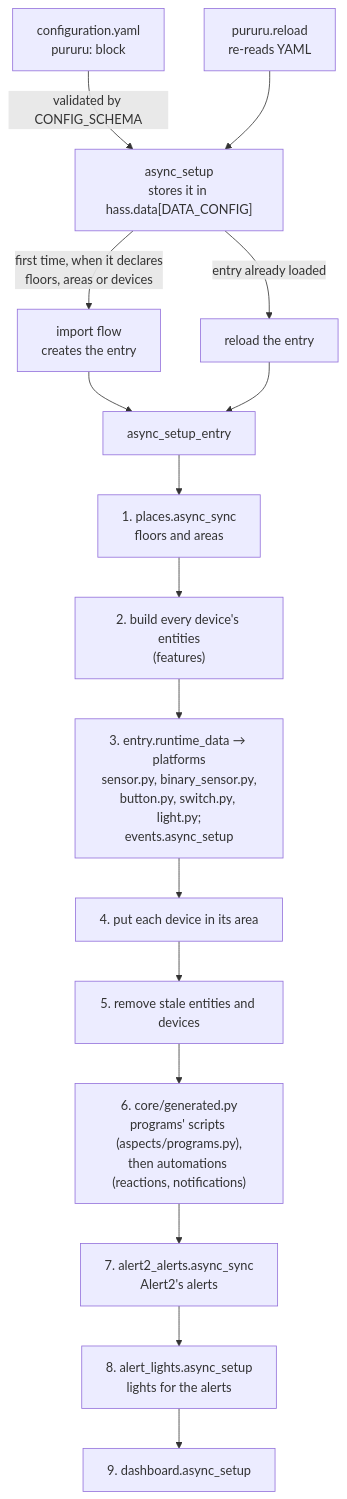
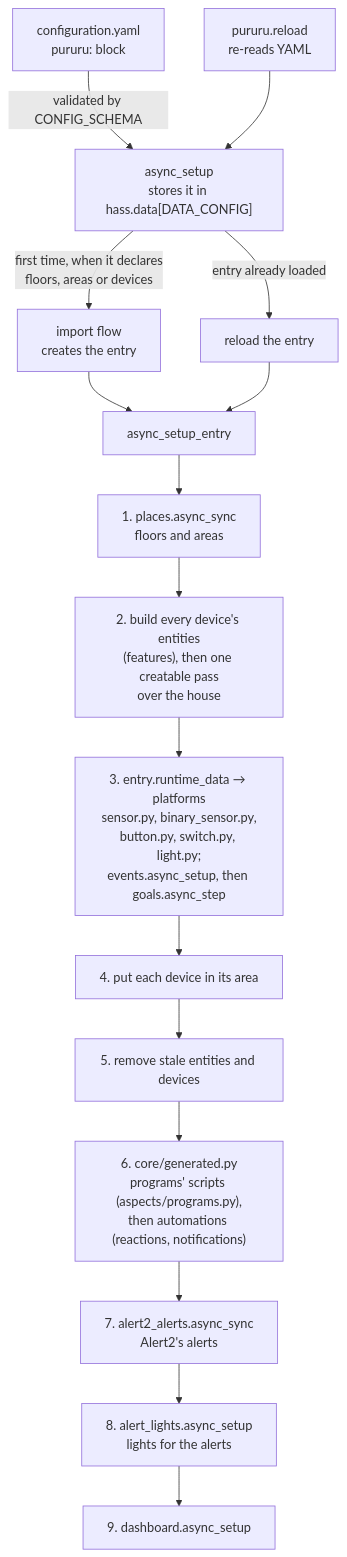
The diagram in docs/develop/architecture.mdx (thatsnotmynameio/pururu-ha), drawn with Mermaid before and after one commit. The commit also changed other lines of this file and 12 other files, not shown here.

Commit message:
docs(goals): the goals page, configuration, troubleshooting, architecture and CLAUDE.md

````diff
--- a/docs/develop/architecture.mdx
+++ b/docs/develop/architecture.mdx
@@ -10,18 +10,18 @@
 ```mermaid
 flowchart TD
     Y["configuration.yaml<br/>pururu: block"] -->|"validated by CONFIG_SCHEMA"| S["async_setup<br/>stores it in hass.data[DATA_CONFIG]"]
     S -->|"first time, when it declares<br/>floors, areas or devices"| F["import flow<br/>creates the entry"]
     S -->|"entry already loaded"| R["reload the entry"]
     F --> E
     R --> E
     RS["pururu.reload<br/>re-reads YAML"] --> S
     E["async_setup_entry"] --> Step1["1. places.async_sync<br/>floors and areas"]
-    Step1 --> Step2["2. build every device's entities<br/>(features)"]
-    Step2 --> Step3["3. entry.runtime_data → platforms<br/>sensor.py, binary_sensor.py,<br/>button.py, switch.py, light.py;<br/>events.async_setup"]
+    Step1 --> Step2["2. build every device's entities<br/>(features), then one creatable pass<br/>over the house"]
+    Step2 --> Step3["3. entry.runtime_data → platforms<br/>sensor.py, binary_sensor.py,<br/>button.py, switch.py, light.py;<br/>events.async_setup, then goals.async_step"]
     Step3 --> Step4["4. put each device in its area"]
     Step4 --> Step5["5. remove stale entities and devices"]
     Step5 --> Step6["6. core/generated.py<br/>programs' scripts (aspects/programs.py),<br/>then automations (reactions, notifications)"]
     Step6 --> Step7["7. alert2_alerts.async_sync<br/>Alert2's alerts"]
     Step7 --> Step8["8. alert_lights.async_setup<br/>lights for the alerts"]
     Step8 --> Step9["9. dashboard.async_setup"]
 ```
````
